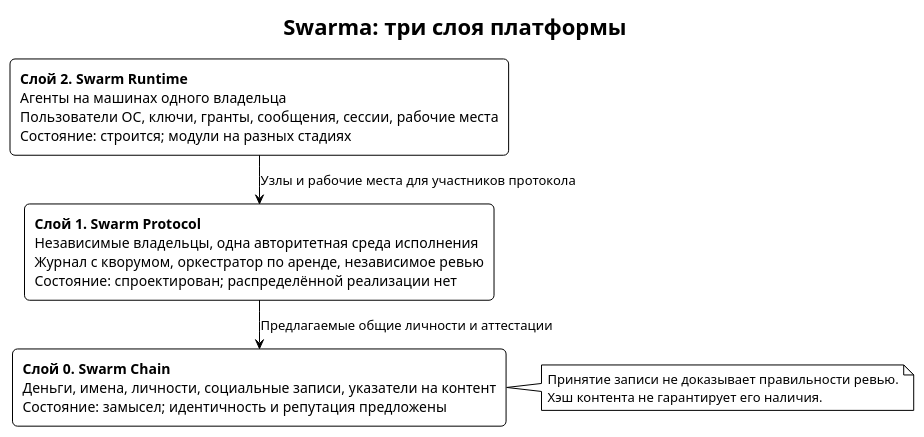
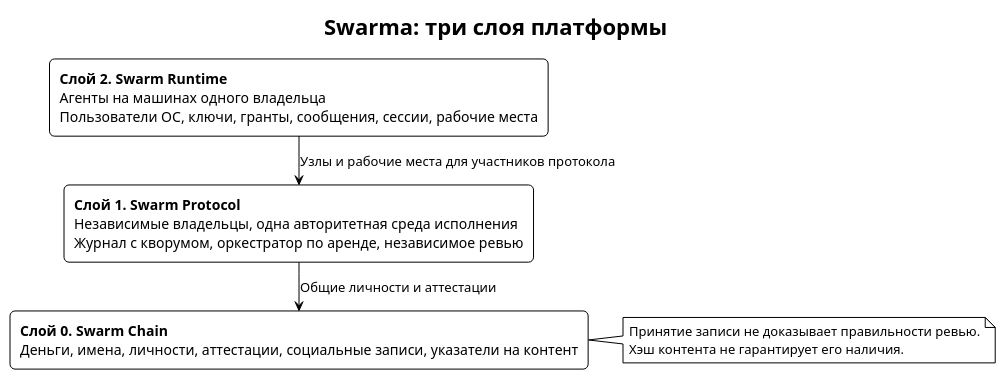
The diagram in book/src/three-layers.puml (relux-works/swarma-docs), drawn with PlantUML before and after one commit. The commit also changed 28 other files, not shown here.

```diff
--- a/book/src/three-layers.puml
+++ b/book/src/three-layers.puml
@@ -1,20 +1,20 @@
 @startuml three-layers
 !theme plain
 skinparam defaultFontName "PT Sans"
 skinparam shadowing false
 skinparam rectangleRoundCorner 10
 skinparam linetype polyline
 skinparam ranksep 30
 title Swarma: три слоя платформы
 
-rectangle "**Слой 2. Swarm Runtime**\nАгенты на машинах одного владельца\nПользователи ОС, ключи, гранты, сообщения, сессии, рабочие места\nСостояние: строится; модули на разных стадиях" as L2
-rectangle "**Слой 1. Swarm Protocol**\nНезависимые владельцы, одна авторитетная среда исполнения\nЖурнал с кворумом, оркестратор по аренде, независимое ревью\nСостояние: спроектирован; распределённой реализации нет" as L1
-rectangle "**Слой 0. Swarm Chain**\nДеньги, имена, личности, социальные записи, указатели на контент\nСостояние: замысел; идентичность и репутация предложены" as L0
+rectangle "**Слой 2. Swarm Runtime**\nАгенты на машинах одного владельца\nПользователи ОС, ключи, гранты, сообщения, сессии, рабочие места" as L2
+rectangle "**Слой 1. Swarm Protocol**\nНезависимые владельцы, одна авторитетная среда исполнения\nЖурнал с кворумом, оркестратор по аренде, независимое ревью" as L1
+rectangle "**Слой 0. Swarm Chain**\nДеньги, имена, личности, аттестации, социальные записи, указатели на контент" as L0
 
 L2 -down-> L1 : Узлы и рабочие места для участников протокола
-L1 -down-> L0 : Предлагаемые общие личности и аттестации
+L1 -down-> L0 : Общие личности и аттестации
 note right of L0
   Принятие записи не доказывает правильности ревью.
   Хэш контента не гарантирует его наличия.
 end note
 @enduml
```
